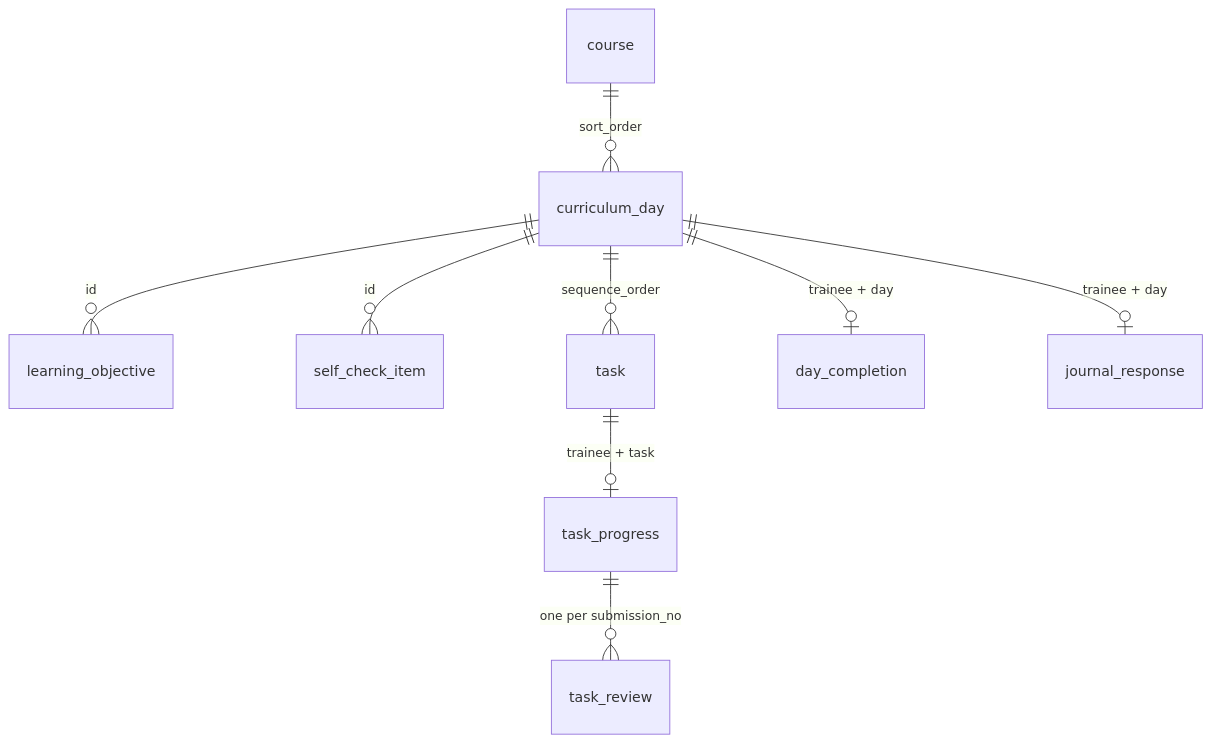
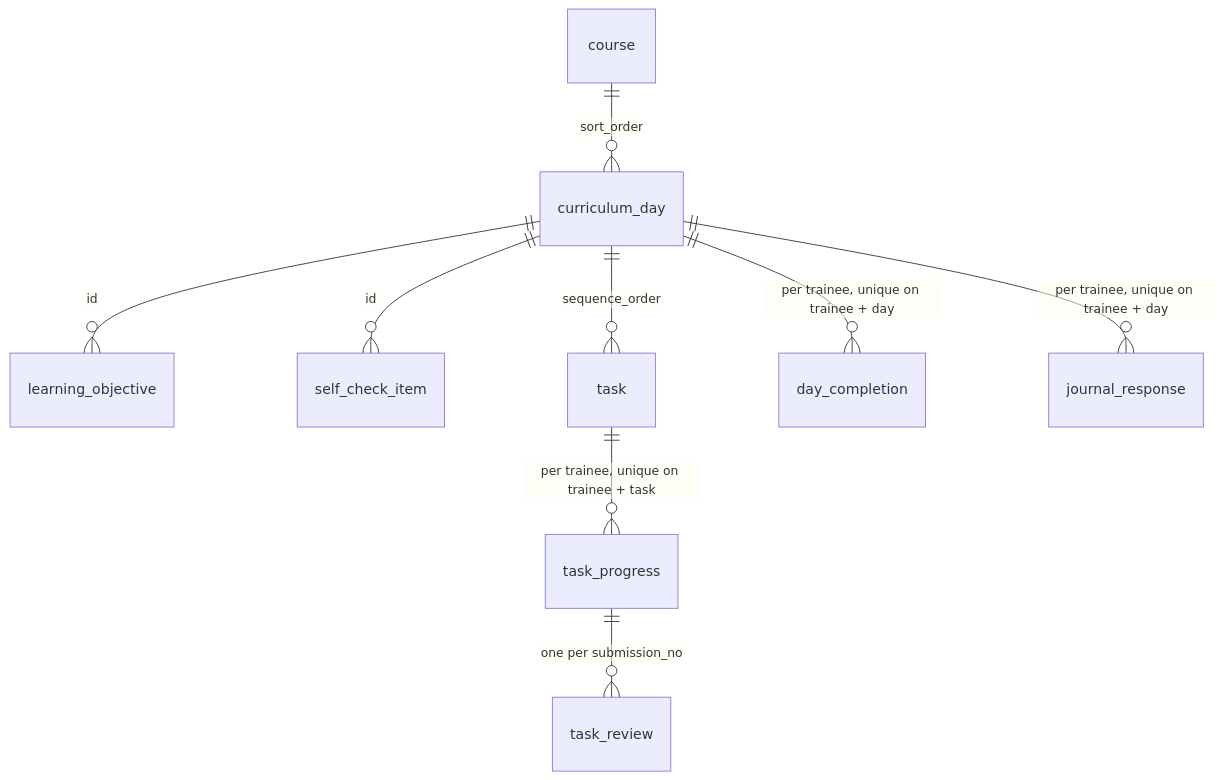
One commit to anjal-vonnue/vinkup-electron changed the first of 3 diagrams in docs/desktop/course_workflow.md. Above: the diagram before and after it, drawn with Mermaid. The commit also changed other lines of this file, not shown here.

Commit message:
docs(course): correct locks, limits, diagrams and endpoints

````diff
--- a/docs/desktop/course_workflow.md
+++ b/docs/desktop/course_workflow.md
@@ -15,11 +16,11 @@
 ```mermaid
 erDiagram
   course ||--o{ curriculum_day : "sort_order"
   curriculum_day ||--o{ learning_objective : "id"
   curriculum_day ||--o{ self_check_item : "id"
   curriculum_day ||--o{ task : "sequence_order"
-  task ||--o| task_progress : "trainee + task"
+  task ||--o{ task_progress : "per trainee, unique on trainee + task"
   task_progress ||--o{ task_review : "one per submission_no"
-  curriculum_day ||--o| day_completion : "trainee + day"
-  curriculum_day ||--o| journal_response : "trainee + day"
+  curriculum_day ||--o{ day_completion : "per trainee, unique on trainee + day"
+  curriculum_day ||--o{ journal_response : "per trainee, unique on trainee + day"
 ```
````
